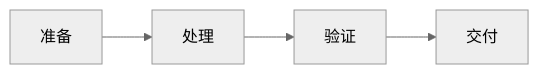
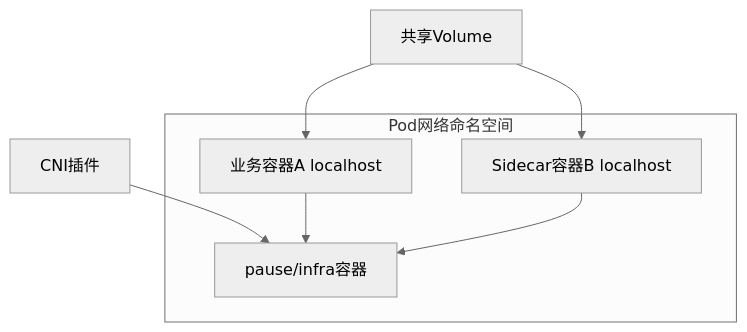
The diagram in articles/Kubernetes/chapters/022-Pod的常见问题与解决方案.md (yanggan2015/knowledge-json-v2), drawn with Mermaid (neutral theme) before and after one commit. The commit also changed other lines of this file and 10127 other files, not shown here.

````diff
--- a/articles/Kubernetes/chapters/022-Pod的常见问题与解决方案.md
+++ b/articles/Kubernetes/chapters/022-Pod的常见问题与解决方案.md
@@ -45,10 +30,13 @@
 ```mermaid
-flowchart LR
-    S0[准备]
-    S1[处理]
-    S2[验证]
-    S3[交付]
-    S0 --> S1
-    S1 --> S2
-    S2 --> S3
+graph TB
+    subgraph Pod网络命名空间
+        P[pause/infra容器]
+        A[业务容器A localhost]
+        B[Sidecar容器B localhost]
+    end
+    CNI[CNI插件] --> P
+    A --> P
+    B --> P
+    Vol[共享Volume] --> A
+    Vol --> B
 ```
````
